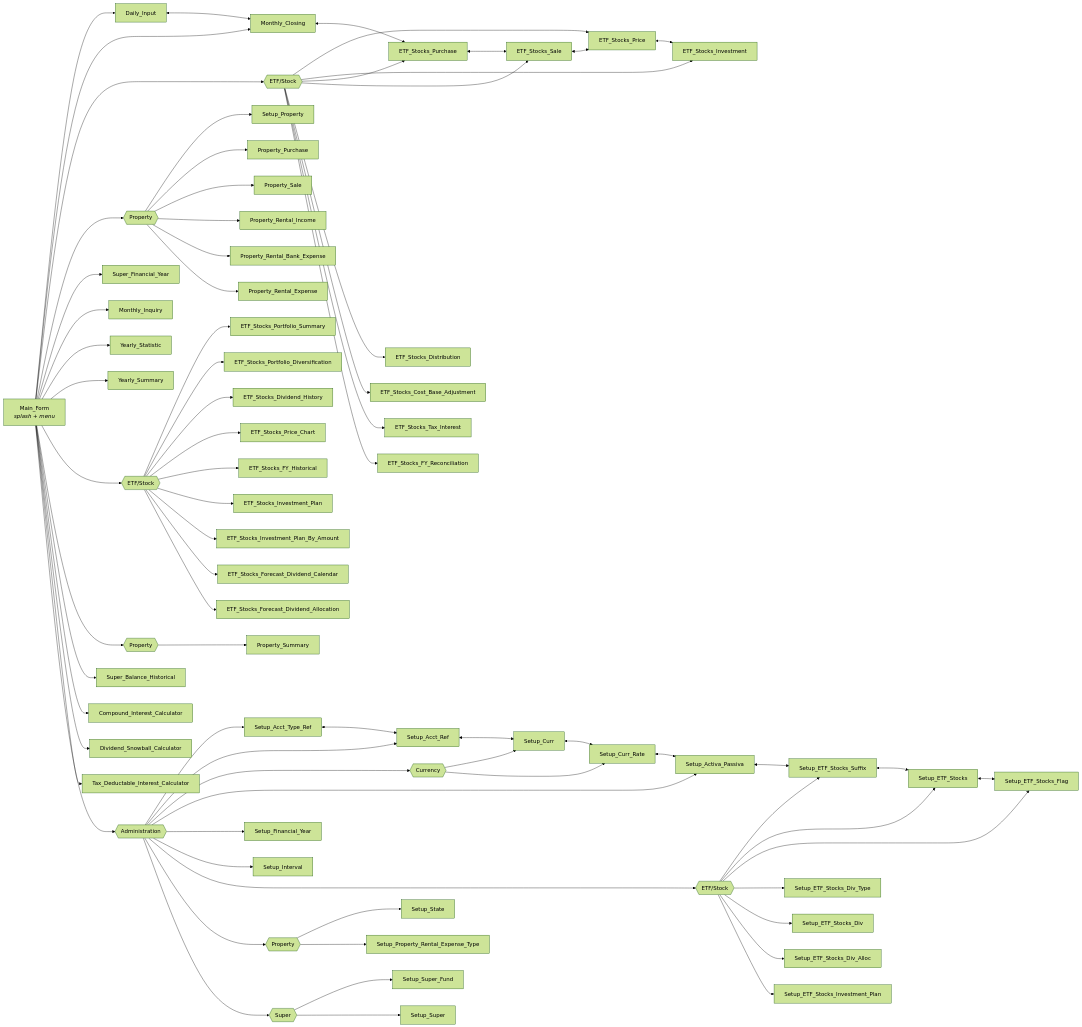
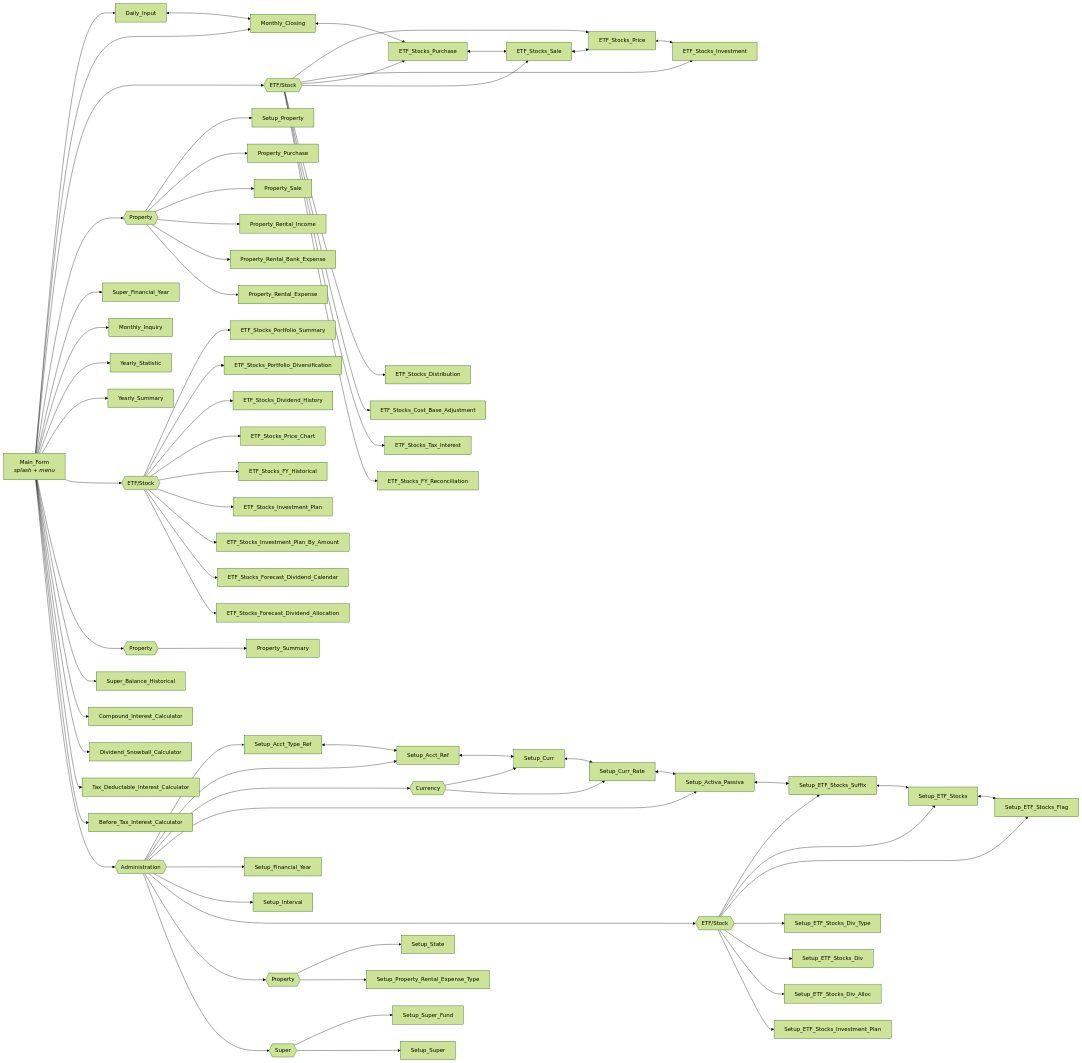
One commit to oscar-rijadi/FinancialBalance changed the second of 3 diagrams in README.md. Above: the diagram before and after it, drawn with Mermaid (forest theme). The commit also changed other lines of this file and 32 other files, not shown here.

Commit message:
Implement Before Tax Calculator

````diff
--- a/README.md
+++ b/README.md
@@ -111,81 +111,82 @@
 ```mermaid
 flowchart LR
     MAIN["Main_Form<br/><i>splash + menu</i>"]
 
     MAIN --> DI["Daily_Input"]
     MAIN --> MC["Monthly_Closing"]
     MAIN --> PETFG{{"ETF/Stock"}}
     PETFG --> ETP["ETF_Stocks_Price"]
     PETFG --> ETI["ETF_Stocks_Investment"]
     PETFG --> ETB["ETF_Stocks_Purchase"]
     PETFG --> ETS["ETF_Stocks_Sale"]
     PETFG --> ETD["ETF_Stocks_Distribution"]
     PETFG --> ECB["ETF_Stocks_Cost_Base_Adjustment"]
     PETFG --> ETI2["ETF_Stocks_Tax_Interest"]
     PETFG --> ETR["ETF_Stocks_FY_Reconciliation"]
     MAIN --> PPROPG{{"Property"}}
     PPROPG --> SPROP["Setup_Property"]
     PPROPG --> PPUR["Property_Purchase"]
     PPROPG --> PSAL["Property_Sale"]
     PPROPG --> PRI["Property_Rental_Income"]
     PPROPG --> PRBE["Property_Rental_Bank_Expense"]
     PPROPG --> PRE["Property_Rental_Expense"]
     MAIN --> SFYP["Super_Financial_Year"]
     MAIN --> MI["Monthly_Inquiry"]
     MAIN --> YT["Yearly_Statistic"]
     MAIN --> YS["Yearly_Summary"]
     MAIN --> PORTG{{"ETF/Stock"}}
     PORTG --> PSUM["ETF_Stocks_Portfolio_Summary"]
     PORTG --> PDIV["ETF_Stocks_Portfolio_Diversification"]
     PORTG --> PDVH["ETF_Stocks_Dividend_History"]
     PORTG --> PPCH["ETF_Stocks_Price_Chart"]
     PORTG --> PFYH["ETF_Stocks_FY_Historical"]
     PORTG --> PIVP["ETF_Stocks_Investment_Plan"]
     PORTG --> PIVA["ETF_Stocks_Investment_Plan_By_Amount"]
     PORTG --> PFDC["ETF_Stocks_Forecast_Dividend_Calendar"]
     PORTG --> PFDA["ETF_Stocks_Forecast_Dividend_Allocation"]
     MAIN --> IPROPG{{"Property"}}
     IPROPG --> PSMY["Property_Summary"]
     MAIN --> SBH["Super_Balance_Historical"]
     MAIN --> CIC["Compound_Interest_Calculator"]
     MAIN --> DSC["Dividend_Snowball_Calculator"]
     MAIN --> TDI["Tax_Deductable_Interest_Calculator"]
+    MAIN --> BTI["Before_Tax_Interest_Calculator"]
 
     MAIN --> ADMIN{{"Administration"}}
     ADMIN --> SATR["Setup_Acct_Type_Ref"]
     ADMIN --> SAR["Setup_Acct_Ref"]
     ADMIN --> CURG{{"Currency"}}
     CURG --> SC["Setup_Curr"]
     CURG --> SCR["Setup_Curr_Rate"]
     ADMIN --> SAP["Setup_Activa_Passiva"]
     ADMIN --> SFY["Setup_Financial_Year"]
     ADMIN --> SIV["Setup_Interval"]
     ADMIN --> ETFG{{"ETF/Stock"}}
     ETFG --> SES["Setup_ETF_Stocks_Suffix"]
     ETFG --> SET["Setup_ETF_Stocks"]
     ETFG --> SEF["Setup_ETF_Stocks_Flag"]
     ETFG --> SDT["Setup_ETF_Stocks_Div_Type"]
     ETFG --> SDV["Setup_ETF_Stocks_Div"]
     ETFG --> SDA["Setup_ETF_Stocks_Div_Alloc"]
     ETFG --> SIP["Setup_ETF_Stocks_Investment_Plan"]
     ADMIN --> PROPG{{"Property"}}
     PROPG --> SST["Setup_State"]
     PROPG --> SPRET["Setup_Property_Rental_Expense_Type"]
     ADMIN --> SUPG{{"Super"}}
     SUPG --> SSF["Setup_Super_Fund"]
     SUPG --> SSU["Setup_Super"]
 
     DI <--> MC
     MC <--> ETB
     ETB <--> ETS
     ETS <--> ETP
     ETP <--> ETI
 
     SATR <--> SAR
     SAR <--> SC
     SC <--> SCR
     SCR <--> SAP
     SAP <--> SES
     SES <--> SET
     SET <--> SEF
 ```
````
